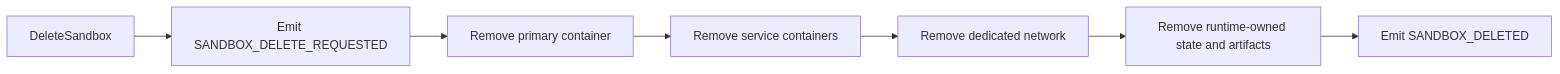
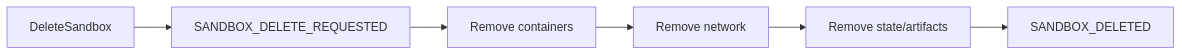
The fourth of 4 diagrams in docs/sandbox_container_lifecycle.md (1996fanrui/agents-sandbox), drawn with Mermaid before and after one commit. The commit also changed other lines of this file and 12 other files, not shown here.

````diff
--- a/docs/sandbox_container_lifecycle.md
+++ b/docs/sandbox_container_lifecycle.md
@@ -149,9 +113,4 @@
 ```mermaid
 flowchart LR
-    A[DeleteSandbox] --> B[Emit SANDBOX_DELETE_REQUESTED]
-    B --> C[Remove primary container]
-    C --> D[Remove service containers]
-    D --> E[Remove dedicated network]
-    E --> F[Remove runtime-owned state and artifacts]
-    F --> G[Emit SANDBOX_DELETED]
+    A[DeleteSandbox] --> B[SANDBOX_DELETE_REQUESTED] --> C[Remove containers] --> D[Remove network] --> E[Remove state/artifacts] --> F[SANDBOX_DELETED]
 ```
````
